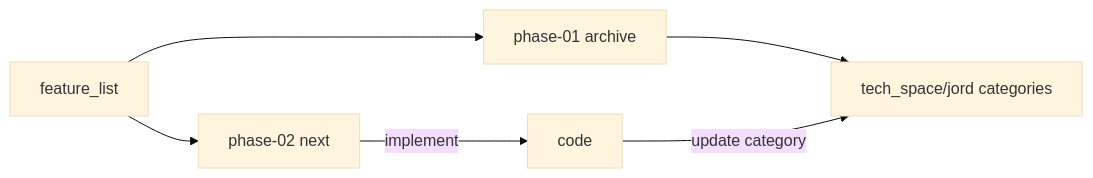
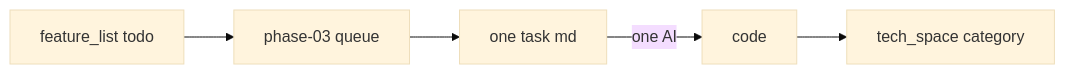
The diagram in Docs/plan/Jord/README.md (samtheory/altr.lab.turbo.v2), drawn with Mermaid (base theme) before and after one commit. The commit also changed other lines of this file and 149 other files, not shown here.

````diff
--- a/Docs/plan/Jord/README.md
+++ b/Docs/plan/Jord/README.md
@@ -30,8 +31,7 @@
 ```mermaid
 flowchart LR
-  FL[feature_list] --> P1[phase-01 archive]
-  FL --> P2[phase-02 next]
-  P1 --> TS[tech_space/jord categories]
-  P2 -->|implement| CODE[code]
-  CODE -->|update category| TS
+  FL[feature_list todo] --> P3[phase-03 queue]
+  P3 --> T[one task md]
+  T -->|one AI| CODE[code]
+  CODE --> TS[tech_space category]
 ```
````
